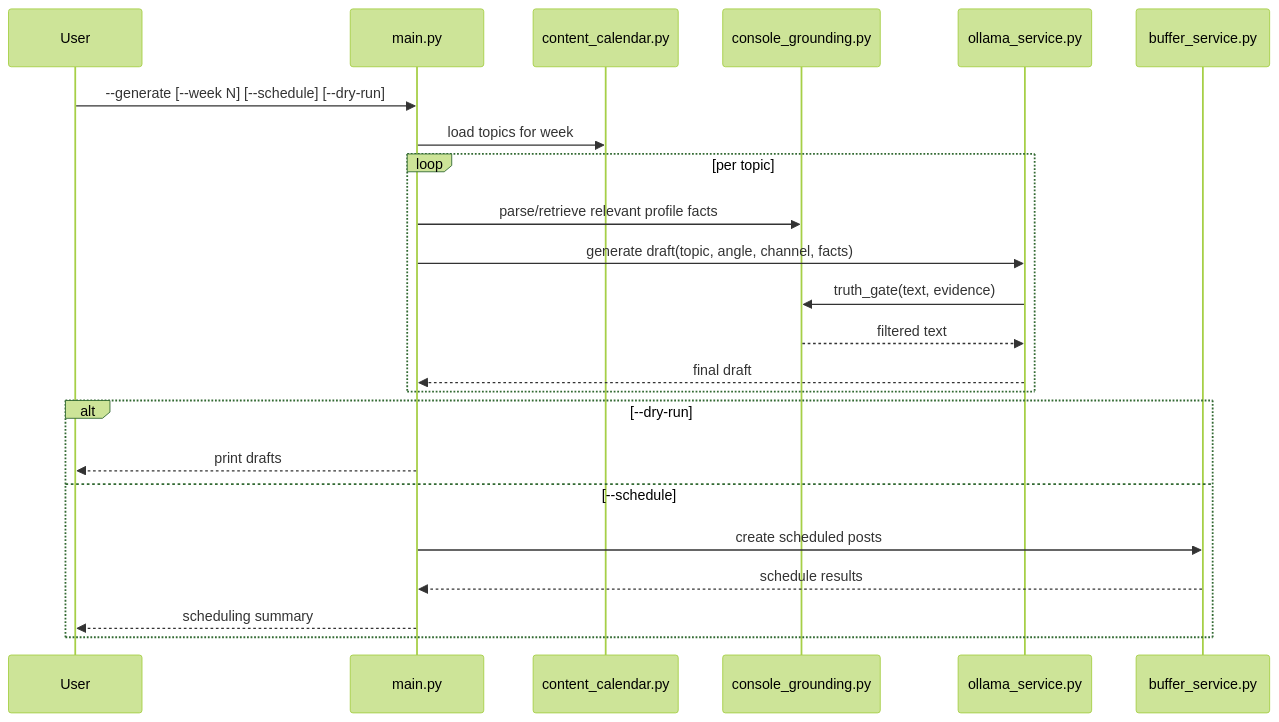
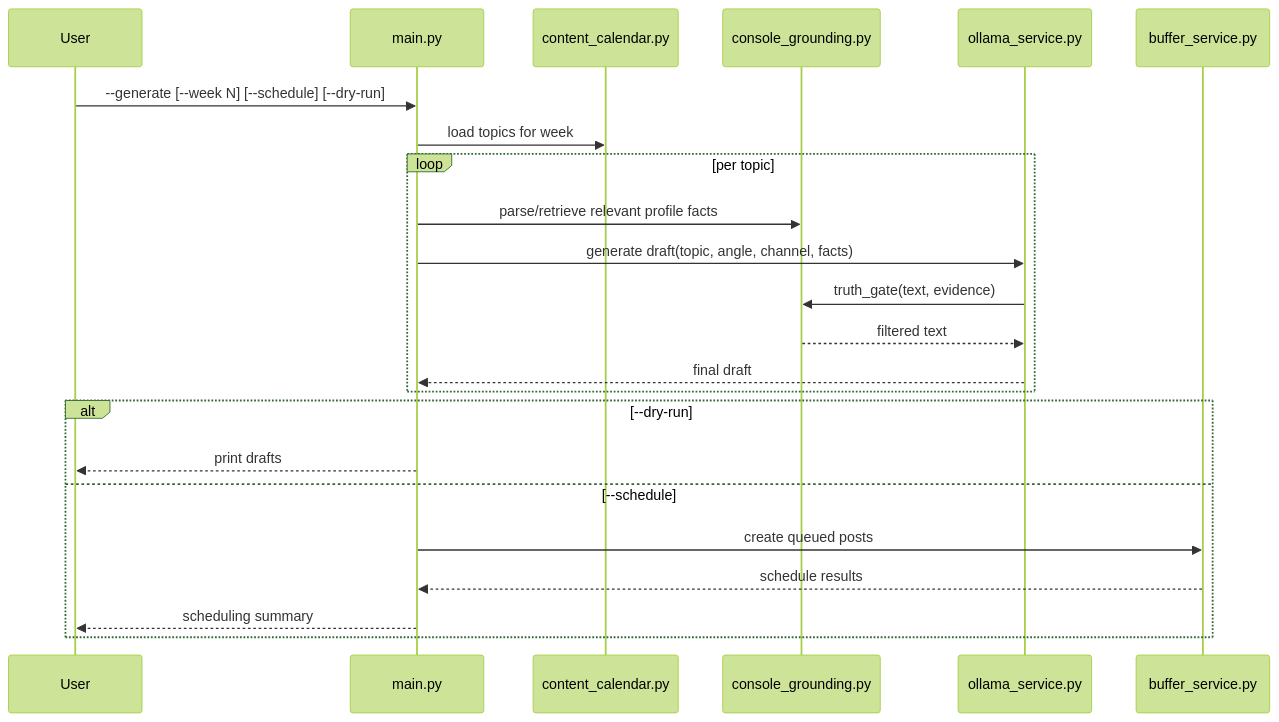
Before and after one commit to samjd-zz/linkedin_ssi_booster: the second of 4 diagrams in docs/archived/ai-tdd/design.md, drawn with Mermaid (forest theme). The commit also changed other lines of this file and 11 other files, not shown here.

Commit message:
fix(scheduler): queue scheduled posts through Buffer

````diff
--- a/docs/archived/ai-tdd/design.md
+++ b/docs/archived/ai-tdd/design.md
@@ -107,26 +107,26 @@
 ```mermaid
 sequenceDiagram
 	participant User
 	participant Main as main.py
 	participant Cal as content_calendar.py
 	participant Grd as console_grounding.py
 	participant Oll as ollama_service.py
 	participant Buf as buffer_service.py
 
 	User->>Main: --generate [--week N] [--schedule] [--dry-run]
 	Main->>Cal: load topics for week
 	loop per topic
 		Main->>Grd: parse/retrieve relevant profile facts
 		Main->>Oll: generate draft(topic, angle, channel, facts)
 		Oll->>Grd: truth_gate(text, evidence)
 		Grd-->>Oll: filtered text
 		Oll-->>Main: final draft
 	end
 	alt --dry-run
 		Main-->>User: print drafts
 	else --schedule
-		Main->>Buf: create scheduled posts
+		Main->>Buf: create queued posts
 		Buf-->>Main: schedule results
 		Main-->>User: scheduling summary
 	end
 ```
````
